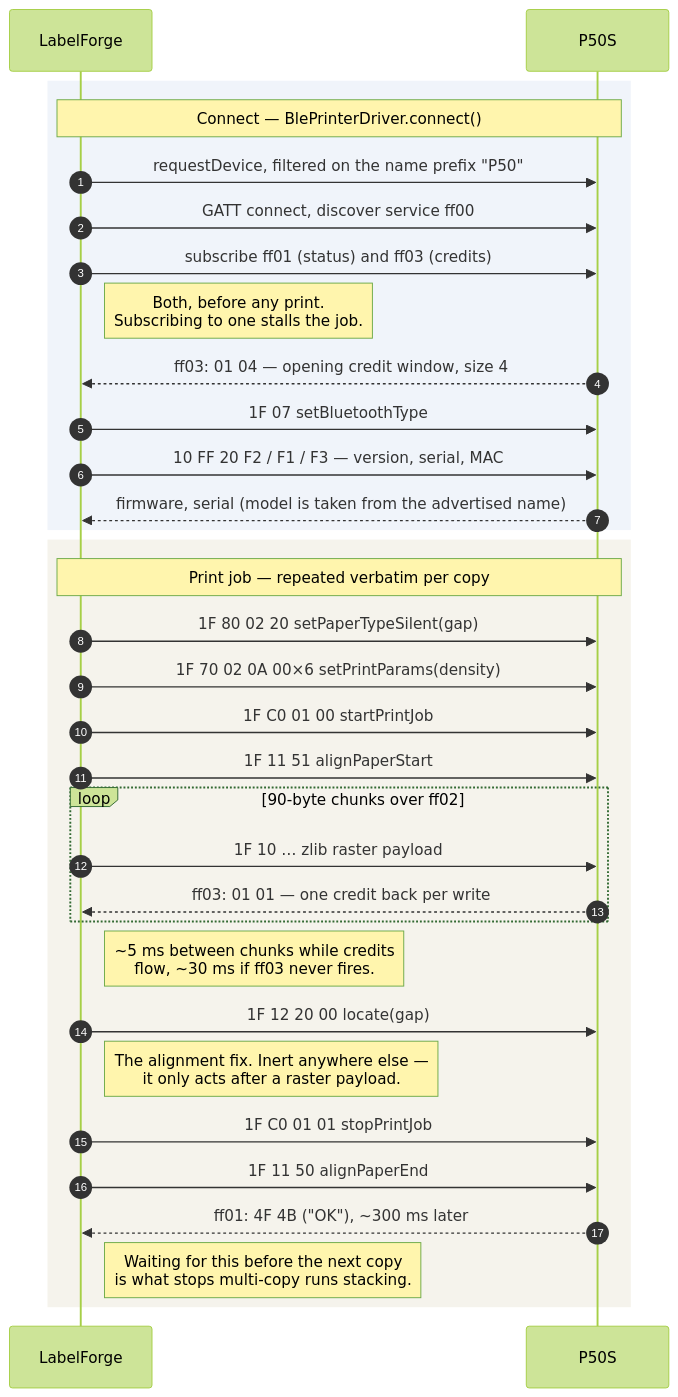
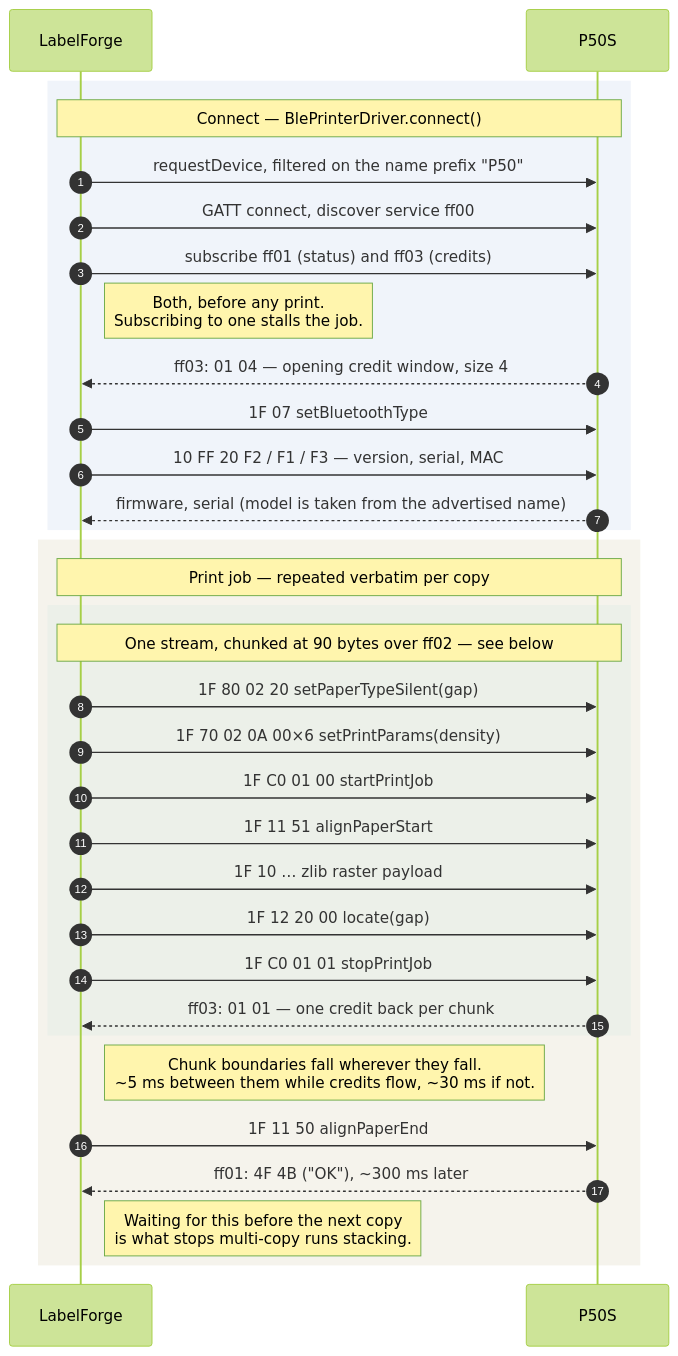
One commit to Finnfj/labelforge changed the diagram in docs/PROTOCOL.md. Above: the diagram before and after it, drawn with Mermaid (forest theme). The commit also changed other lines of this file and 11 other files, not shown here.

First line of the commit message:
Send a print as one credited stream, and register tall labels

````diff
--- a/docs/PROTOCOL.md
+++ b/docs/PROTOCOL.md
@@ -324,39 +324,38 @@
 ```mermaid
 sequenceDiagram
     autonumber
     participant A as LabelForge
     participant P as P50S
 
     rect rgb(240, 244, 250)
     Note over A,P: Connect — BlePrinterDriver.connect()
     A->>P: requestDevice, filtered on the name prefix "P50"
     A->>P: GATT connect, discover service ff00
     A->>P: subscribe ff01 (status) and ff03 (credits)
     Note right of A: Both, before any print.<br/>Subscribing to one stalls the job.
     P-->>A: ff03: 01 04 — opening credit window, size 4
     A->>P: 1F 07 setBluetoothType
     A->>P: 10 FF 20 F2 / F1 / F3 — version, serial, MAC
     P-->>A: firmware, serial (model is taken from the advertised name)
     end
 
     rect rgb(245, 243, 236)
     Note over A,P: Print job — repeated verbatim per copy
+    rect rgb(236, 240, 233)
+    Note over A,P: One stream, chunked at 90 bytes over ff02 — see below
     A->>P: 1F 80 02 20 setPaperTypeSilent(gap)
     A->>P: 1F 70 02 0A 00×6 setPrintParams(density)
     A->>P: 1F C0 01 00 startPrintJob
     A->>P: 1F 11 51 alignPaperStart
+    A->>P: 1F 10 … zlib raster payload
+    A->>P: 1F 12 20 00 locate(gap)
+    A->>P: 1F C0 01 01 stopPrintJob
+    P-->>A: ff03: 01 01 — one credit back per chunk
+    end
+    Note right of A: Chunk boundaries fall wherever they fall.<br/>~5 ms between them while credits flow, ~30 ms if not.
 
-    loop 90-byte chunks over ff02
-        A->>P: 1F 10 … zlib raster payload
-        P-->>A: ff03: 01 01 — one credit back per write
-    end
-    Note right of A: ~5 ms between chunks while credits<br/>flow, ~30 ms if ff03 never fires.
-
-    A->>P: 1F 12 20 00 locate(gap)
-    Note right of A: The alignment fix. Inert anywhere else —<br/>it only acts after a raster payload.
-    A->>P: 1F C0 01 01 stopPrintJob
     A->>P: 1F 11 50 alignPaperEnd
     P-->>A: ff01: 4F 4B ("OK"), ~300 ms later
     Note right of A: Waiting for this before the next copy<br/>is what stops multi-copy runs stacking.
     end
 ```
````
